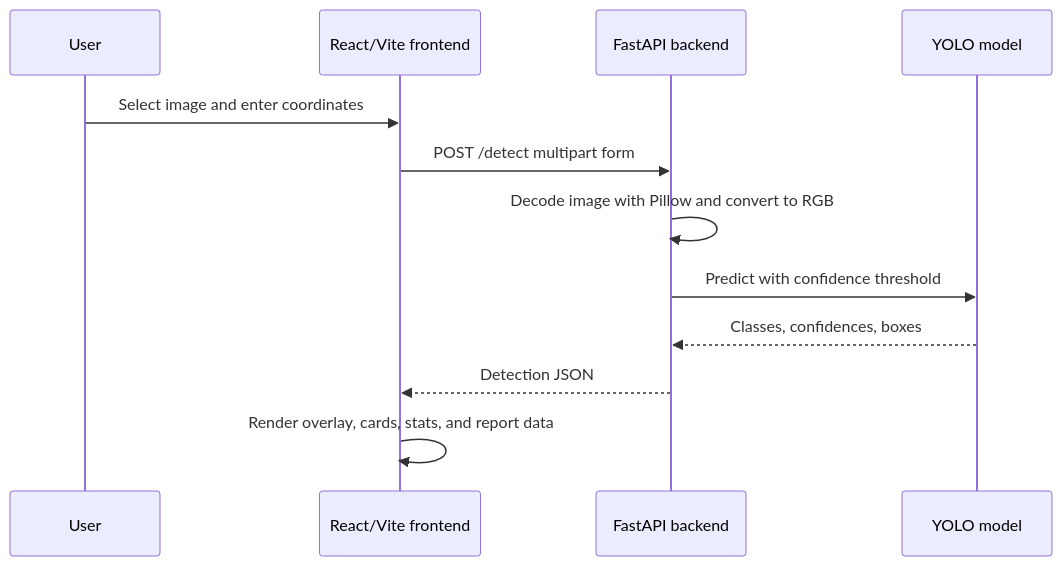
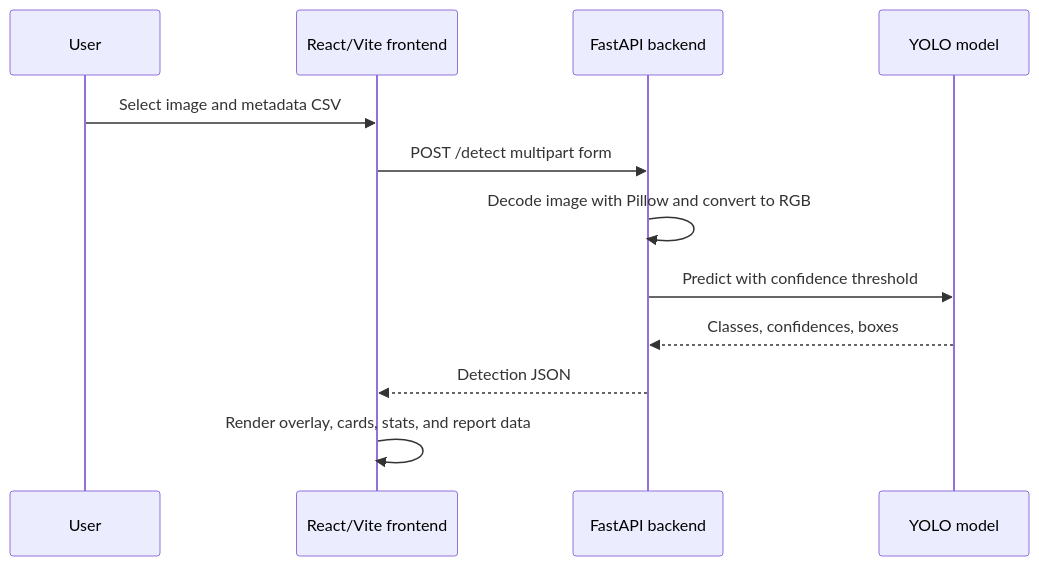
The second of 2 diagrams in README.md (bhargav-puppala/DeepSight), drawn with Mermaid before and after one commit. The commit also changed other lines of this file and 4 other files, not shown here.

````diff
--- a/README.md
+++ b/README.md
@@ -64,15 +64,15 @@
 ```mermaid
 sequenceDiagram
     participant User
     participant UI as React/Vite frontend
     participant API as FastAPI backend
     participant Model as YOLO model
 
-    User->>UI: Select image and enter coordinates
+    User->>UI: Select image and metadata CSV
     UI->>API: POST /detect multipart form
     API->>API: Decode image with Pillow and convert to RGB
     API->>Model: Predict with confidence threshold
     Model-->>API: Classes, confidences, boxes
     API-->>UI: Detection JSON
     UI->>UI: Render overlay, cards, stats, and report data
 ```
````
